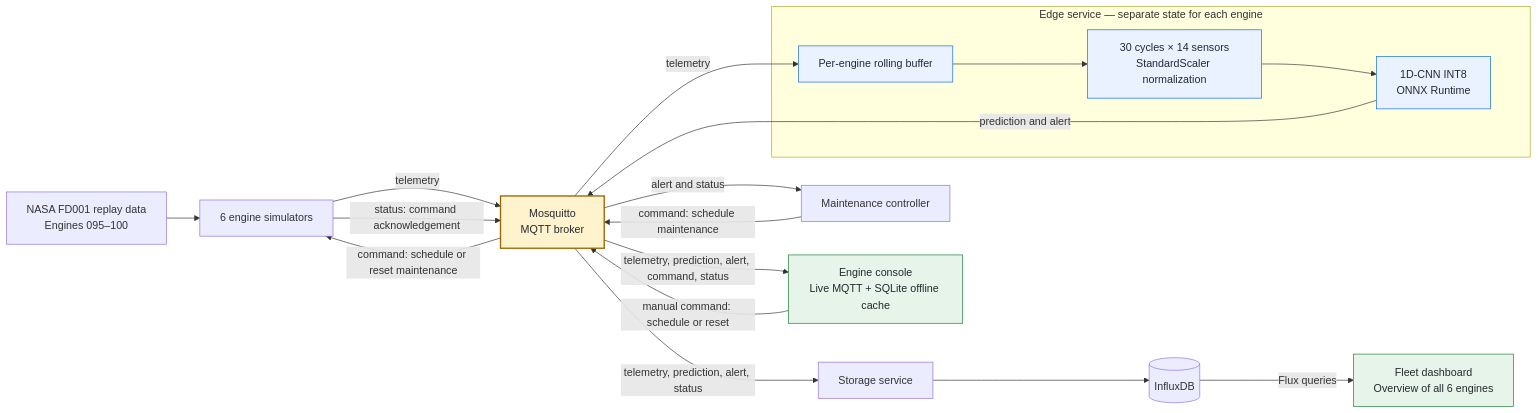
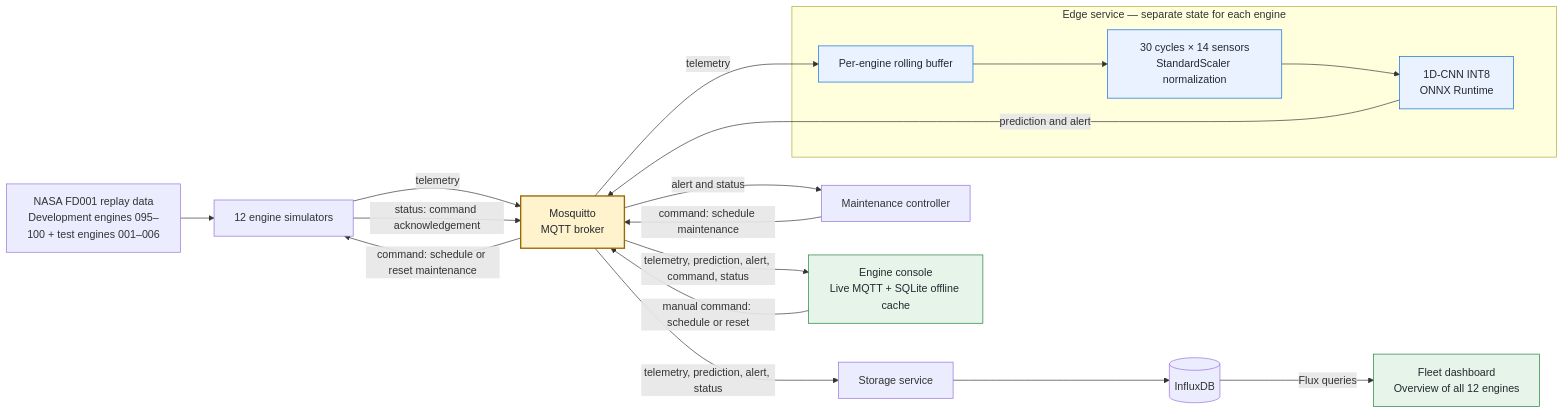
Before and after one commit to HuynhThanhQuan/aeropulse-aiot-predictive-maintenance: the diagram in README.md, drawn with Mermaid. The commit also changed other lines of this file and 10 other files, not shown here.

Commit message:
Add six test replay engines and dataset labels to dashboards

````diff
--- a/README.md
+++ b/README.md
@@ -13,31 +13,31 @@
 ```mermaid
 flowchart LR
-    Data["NASA FD001 replay data<br/>Engines 095–100"] --> Sim["6 engine simulators"]
+    Data["NASA FD001 replay data<br/>Development engines 095–100 + test engines 001–006"] --> Sim["12 engine simulators"]
     Sim -->|telemetry| Broker["Mosquitto<br/>MQTT broker"]
     Sim -->|status: command acknowledgement| Broker
     Broker -->|command: schedule or reset maintenance| Sim
 
     subgraph EdgeService["Edge service — separate state for each engine"]
         Buffer["Per-engine rolling buffer"] --> Window["30 cycles × 14 sensors<br/>StandardScaler normalization"]
         Window --> CNN["1D-CNN INT8<br/>ONNX Runtime"]
     end
     Broker -->|telemetry| Buffer
     CNN -->|prediction and alert| Broker
 
     Broker -->|alert and status| Controller["Maintenance controller"]
     Controller -->|command: schedule maintenance| Broker
 
     Broker -->|telemetry, prediction, alert, command, status| Console["Engine console<br/>Live MQTT + SQLite offline cache"]
     Console -->|manual command: schedule or reset| Broker
 
     Broker -->|telemetry, prediction, alert, status| Storage["Storage service"]
     Storage --> DB[("InfluxDB")]
-    DB -->|Flux queries| Fleet["Fleet dashboard<br/>Overview of all 6 engines"]
+    DB -->|Flux queries| Fleet["Fleet dashboard<br/>Overview of all 12 engines"]
 
     classDef broker fill:#fff3cd,stroke:#9a6700,stroke-width:2px,color:#24292f
     classDef inference fill:#eaf2ff,stroke:#0969da,color:#24292f
     classDef view fill:#e6f4ea,stroke:#1a7f37,color:#24292f
     class Broker broker
     class Buffer,Window,CNN inference
     class Console,Fleet view
 ```
````
